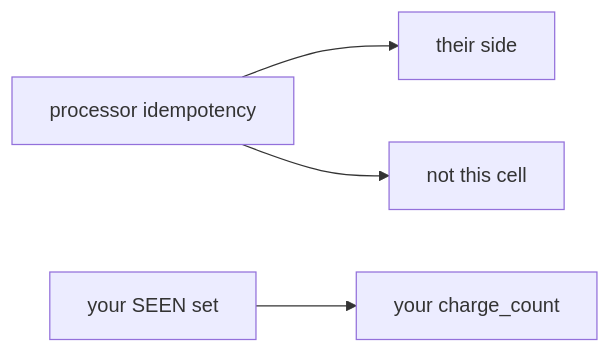
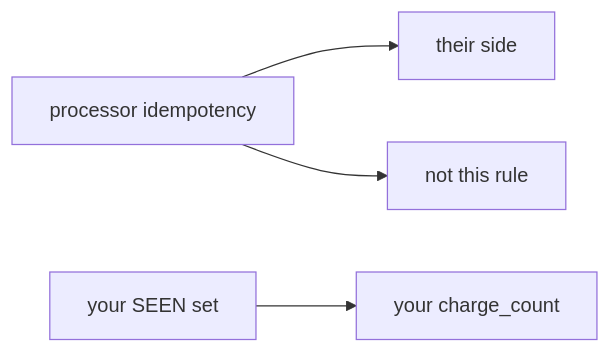
The second of 2 diagrams in content/modules/e/E3/lessons/01-property.md (ishitvagoel/LearnSecurity), drawn with Mermaid before and after one commit. The commit also changed other lines of this file and 354 other files, not shown here.

````diff
--- a/content/modules/e/E3/lessons/01-property.md
+++ b/content/modules/e/E3/lessons/01-property.md
@@ -27,6 +27,6 @@
 ```mermaid
 flowchart LR
   Stripe[processor idempotency] --> Their[their side]
   Ledger[your SEEN set] --> Yours[your charge_count]
-  Stripe --> NotYours[not this cell]
+  Stripe --> NotYours[not this rule]
 ```
````
